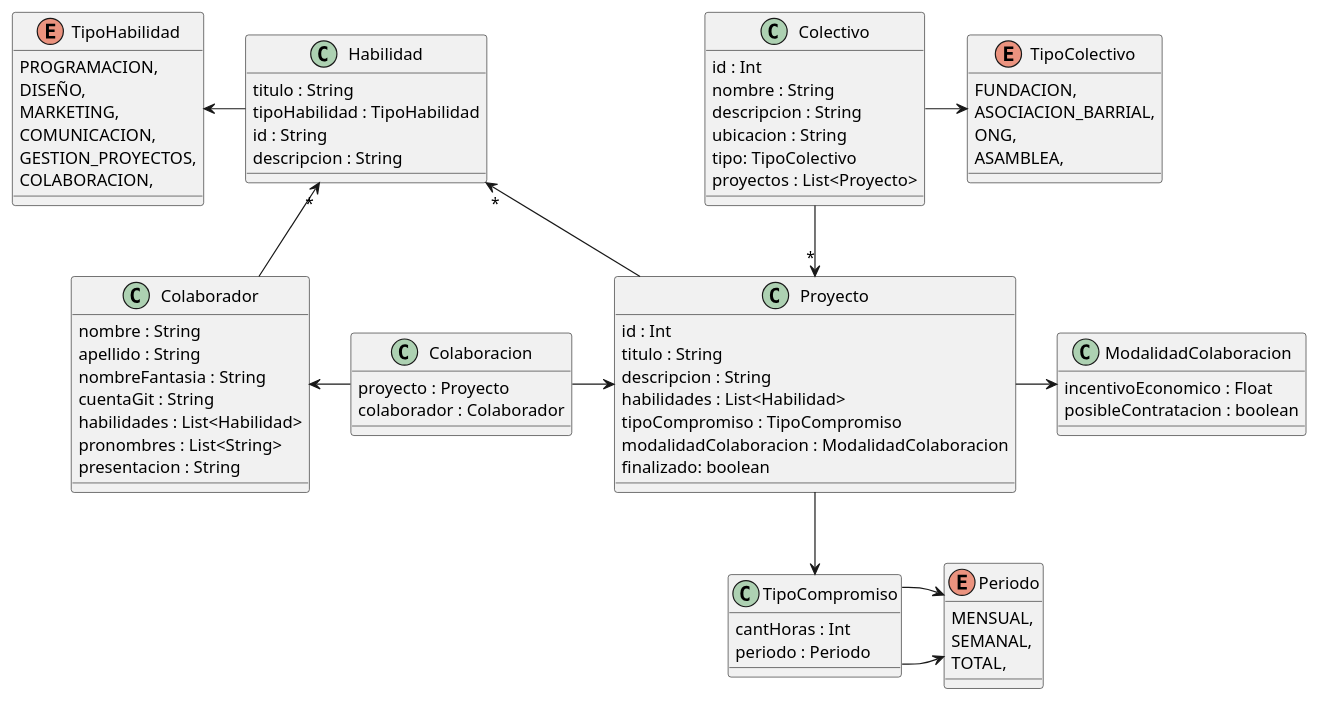
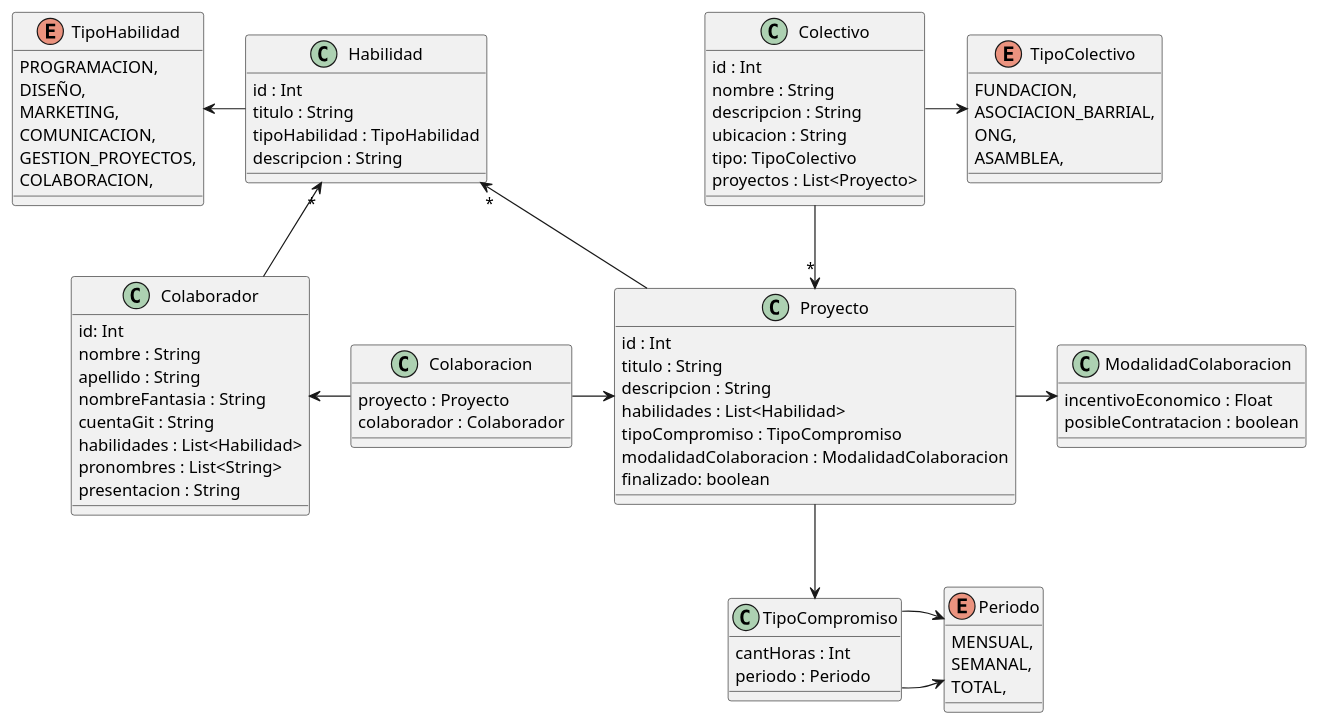
One commit to luchoetapia/tp_ddso_grupo_4 changed the diagram in diagramaDeClases.puml. Above: the diagram before and after it, drawn with PlantUML. The commit also changed 12 other files, not shown here.

```diff
--- a/diagramaDeClases.puml
+++ b/diagramaDeClases.puml
@@ -1,91 +1,92 @@
 @startuml
 
 class Colectivo {
 id : Int
 nombre : String
 descripcion : String
 ubicacion : String
 tipo: TipoColectivo
 proyectos : List<Proyecto>
 }
 
 class Proyecto {
 id : Int 
 titulo : String
 descripcion : String
 habilidades : List<Habilidad>
 tipoCompromiso : TipoCompromiso
 modalidadColaboracion : ModalidadColaboracion
 finalizado: boolean
 }
 
 class TipoCompromiso {
 cantHoras : Int
 periodo : Periodo
 }
 
 class Habilidad {
+id : Int
 titulo : String
 tipoHabilidad : TipoHabilidad
-id : String
 descripcion : String
 }
 
 class Colaborador{
+id: Int
 nombre : String
 apellido : String
 nombreFantasia : String
 cuentaGit : String
 habilidades : List<Habilidad>
 pronombres : List<String>
 presentacion : String
 }
 
 class Colaboracion {
 proyecto : Proyecto
 colaborador : Colaborador
 }
 
 class ModalidadColaboracion {
 incentivoEconomico : Float
 posibleContratacion : boolean
 }
 
 enum TipoColectivo {
 FUNDACION, 
 ASOCIACION_BARRIAL, 
 ONG, 
 ASAMBLEA,
 }
 
 enum Periodo {
 MENSUAL, 
 SEMANAL, 
 TOTAL,
 }
 
 enum TipoHabilidad {
 PROGRAMACION, 
 DISEÑO, 
 MARKETING, 
 COMUNICACION, 
 GESTION_PROYECTOS, 
 COLABORACION,
 }
 
 Colectivo -d-> "*" Proyecto
 Colectivo -r-> TipoColectivo
 
 Proyecto -> "*" Habilidad
 Proyecto -d-> TipoCompromiso
 Proyecto -> ModalidadColaboracion
 
 Colaboracion -> Proyecto
 Colaborador <- Colaboracion
 Colaborador -u-> "*" Habilidad
 
 TipoCompromiso -r-> Periodo
 Habilidad -l-> TipoHabilidad
 
 TipoCompromiso -> Periodo
 @enduml
```
